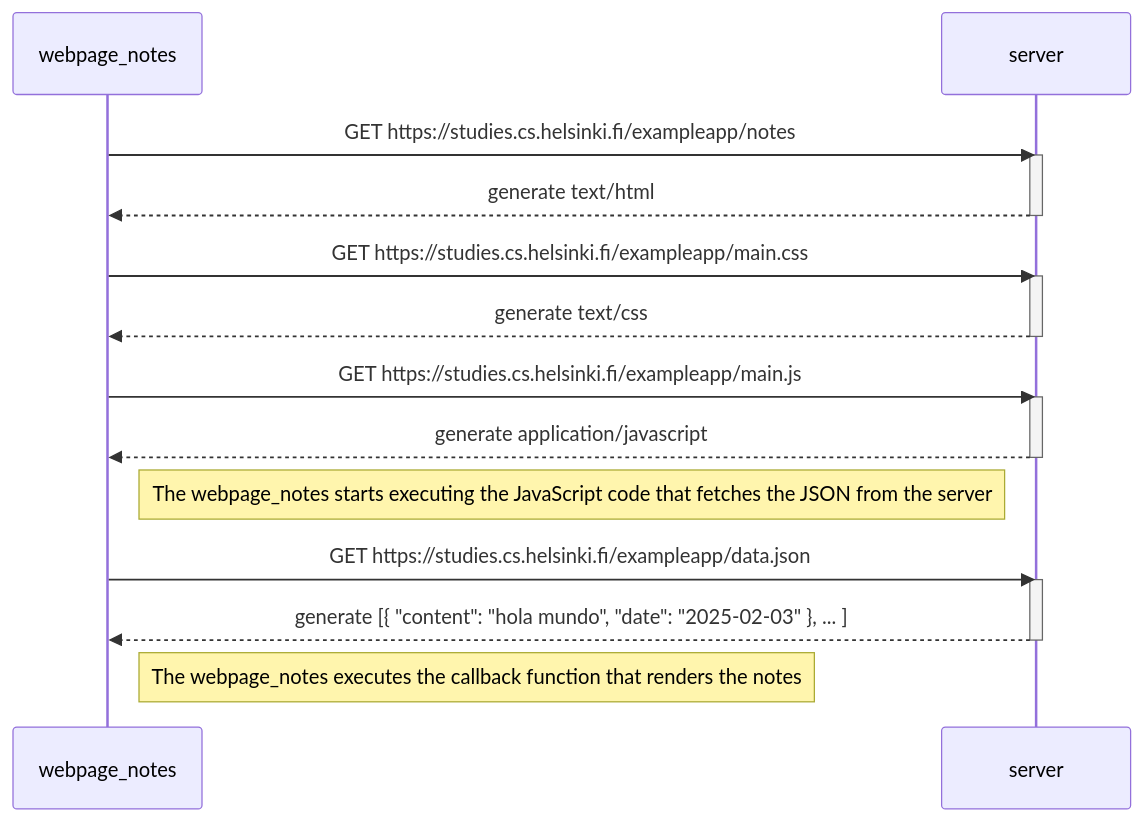
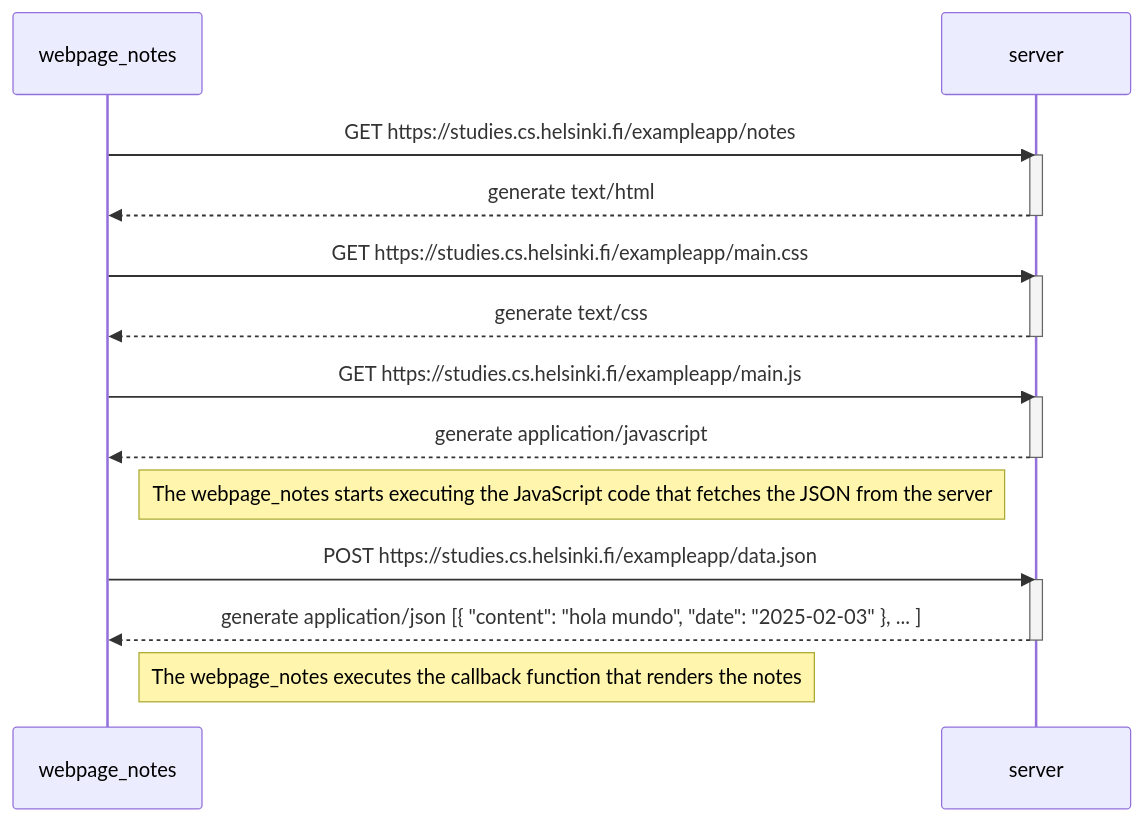
One commit to sularhen/FullStackOpen changed the diagram in Part0/0.4[diagram_example_note].md. Above: the diagram before and after it, drawn with Mermaid.

````diff
--- a/Part0/0.4[diagram_example_note].md
+++ b/Part0/0.4[diagram_example_note].md
@@ -1,31 +1,31 @@
 ```mermaid
 
 sequenceDiagram
 participant webpage_notes
 participant server
 
  webpage_notes->>server: GET https://studies.cs.helsinki.fi/exampleapp/notes
  activate server
  server-->>webpage_notes: generate text/html
  deactivate server
 
  webpage_notes->>server: GET https://studies.cs.helsinki.fi/exampleapp/main.css
  activate server
  server-->>webpage_notes: generate text/css
  deactivate server
 
  webpage_notes->>server: GET https://studies.cs.helsinki.fi/exampleapp/main.js
  activate server
  server-->>webpage_notes: generate application/javascript
  deactivate server
 
- Note right of webpage_notes: The webpage_notes starts executing the JavaScript code that fetches     the JSON from the server
+ Note right of webpage_notes: The webpage_notes starts executing the JavaScript code that fetches the JSON from the server
 
- webpage_notes->>server: GET https://studies.cs.helsinki.fi/exampleapp/data.json
+ webpage_notes->>server: POST https://studies.cs.helsinki.fi/exampleapp/data.json
  activate server
- server-->>webpage_notes: generate [{ "content": "hola mundo", "date": "2025-02-03" }, ... ]
+ server-->>webpage_notes: generate application/json [{ "content": "hola mundo", "date": "2025-02-03" }, ... ]
  deactivate server
 
  Note right of webpage_notes: The webpage_notes executes the callback function that renders the notes
 
  ```
````
